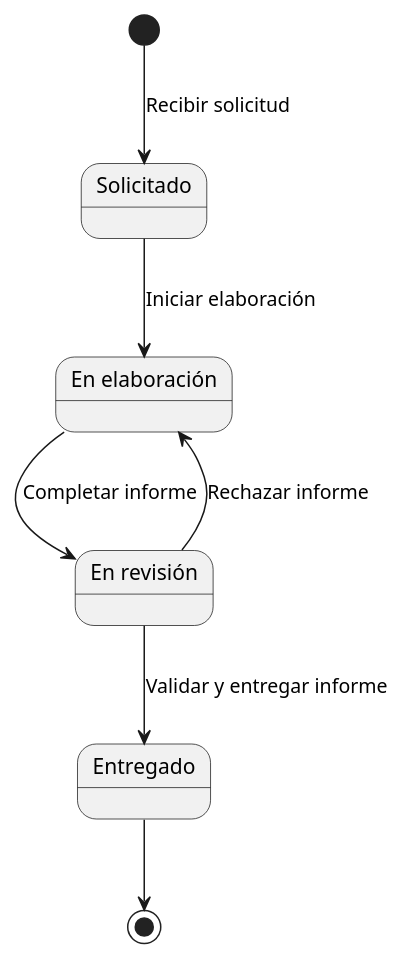
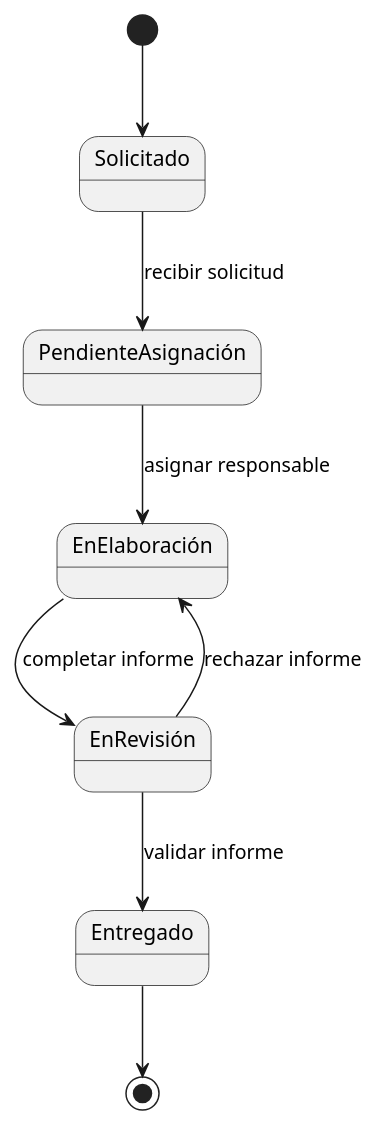
One commit to Angelo2272/26-27-IdSw1-SDR changed the diagram in modelosUML/00-modelo-del-dominio/diagrama-de-estados-informe.puml. Above: the diagram before and after it, drawn with PlantUML.

Commit message:
fix: Agregar estado pendiente de asignacion al diagrama de estado de informe

```diff
--- a/modelosUML/00-modelo-del-dominio/diagrama-de-estados-informe.puml
+++ b/modelosUML/00-modelo-del-dominio/diagrama-de-estados-informe.puml
@@ -1,20 +1,23 @@
 @startuml
 
 state "Solicitado" as Solicitado
-state "En elaboración" as EnElaboracion
-state "En revisión" as EnRevision
+state "PendienteAsignación" as PendienteAsignacion
+state "EnElaboración" as EnElaboracion
+state "EnRevisión" as EnRevision
 state "Entregado" as Entregado
 
-[*] --> Solicitado : Recibir solicitud
+[*] --> Solicitado
 
-Solicitado --> EnElaboracion : Iniciar elaboración
+Solicitado --> PendienteAsignacion : recibir solicitud
 
-EnElaboracion --> EnRevision : Completar informe
+PendienteAsignacion --> EnElaboracion : asignar responsable
 
-EnRevision --> EnElaboracion : Rechazar informe
+EnElaboracion --> EnRevision : completar informe
 
-EnRevision --> Entregado : Validar y entregar informe
+EnRevision --> EnElaboracion : rechazar informe
+
+EnRevision --> Entregado : validar informe
 
 Entregado --> [*]
 
 @enduml
```
